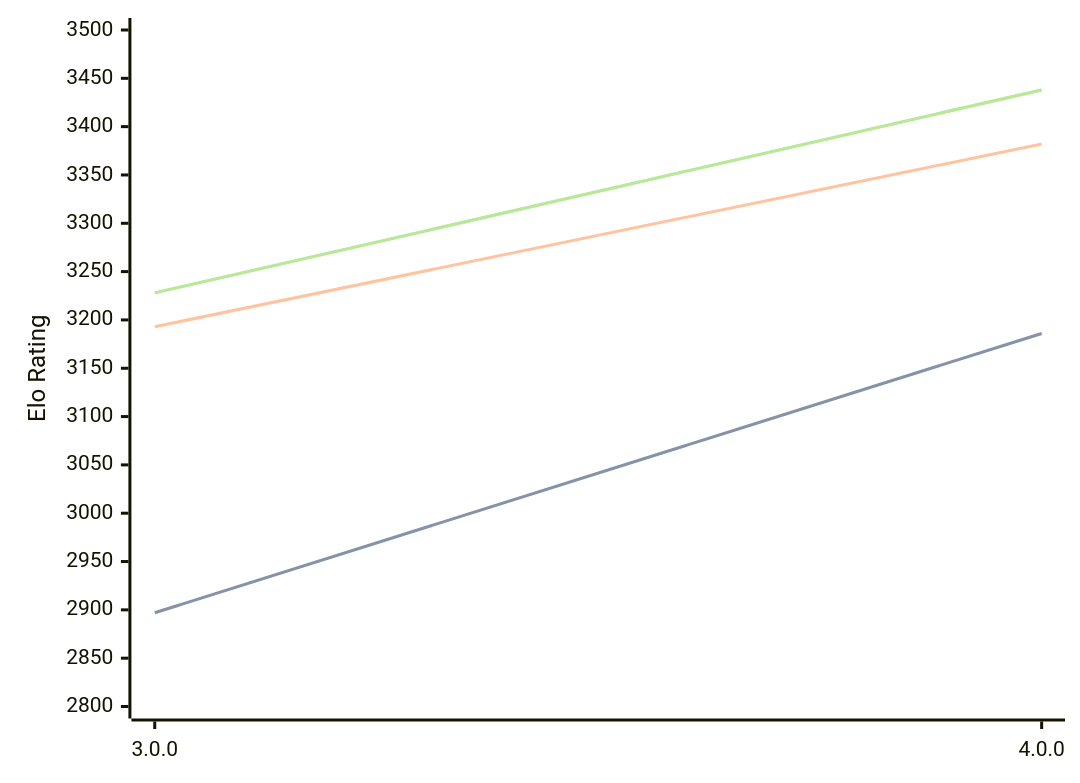
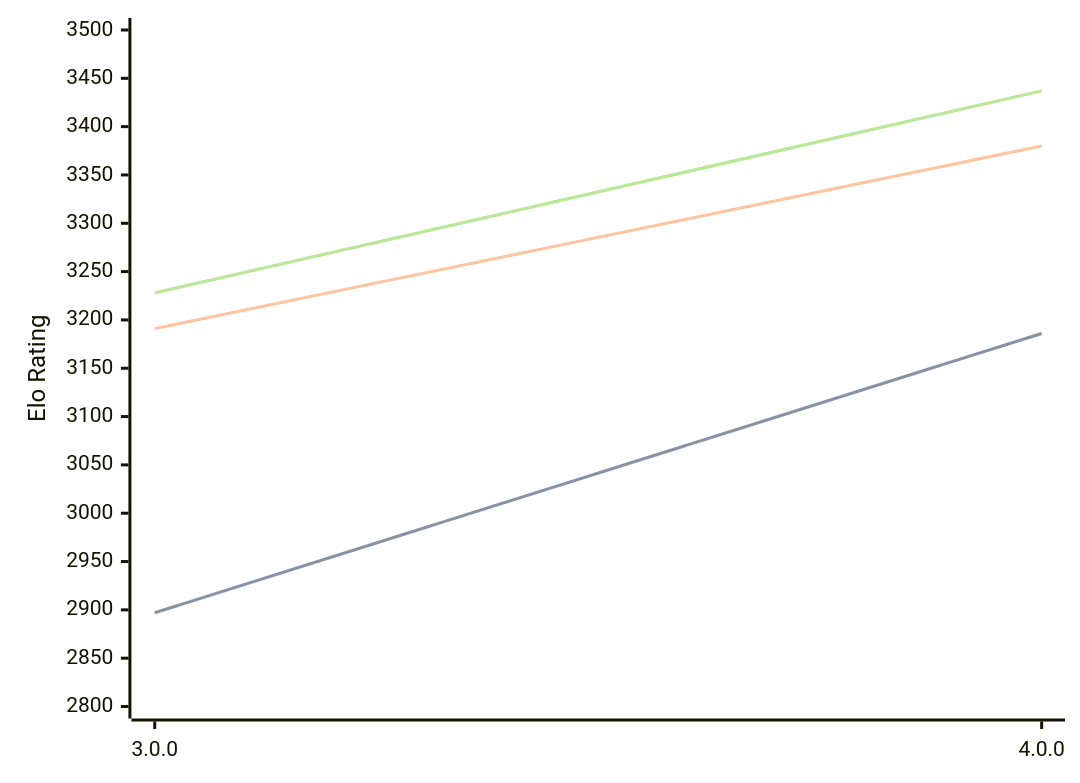
The diagram in engines/Avalanche.md (computer-chess-index/cci), drawn with Mermaid before and after one commit. The commit also changed other lines of this file, not shown here.

Commit message:
Update CCI Ratings (ELO VLTC) - 2026-09-01

````diff
--- a/engines/Avalanche.md
+++ b/engines/Avalanche.md
@@ -32,11 +32,11 @@
 ```mermaid
 %%{init: {"theme":"base","themeVariables":{"seriesColors:['#a3a3a3','#222221','#faa371']}}}%%
 xychart-beta
   x-axis ["3.0.0", "4.0.0"]
   y-axis "Elo Rating" 2800 --> 3500
   line "" [2897, 3186]
   line "STC (8.0+0.08s)" [2897, 3186]
-  line "LTC (60.0+0.60s)" [3193, 3382]
-  line "" [3228, 3438]
-  line "VLTC (2m24s+1.12s)" [3228, 3438]
+  line "LTC (60.0+0.60s)" [3191, 3380]
+  line "" [3228, 3437]
+  line "VLTC (2m24s+1.12s)" [3228, 3437]
 ```
````
